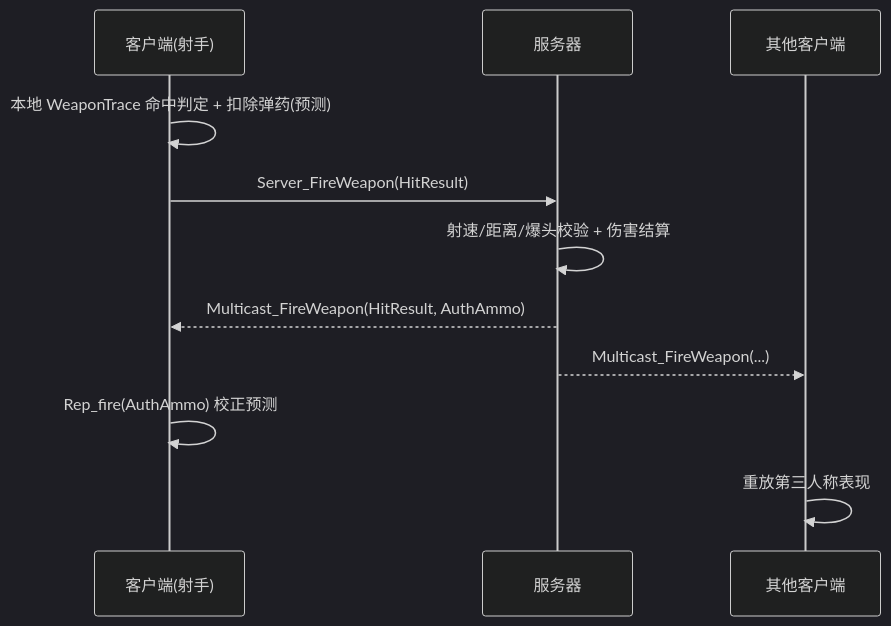
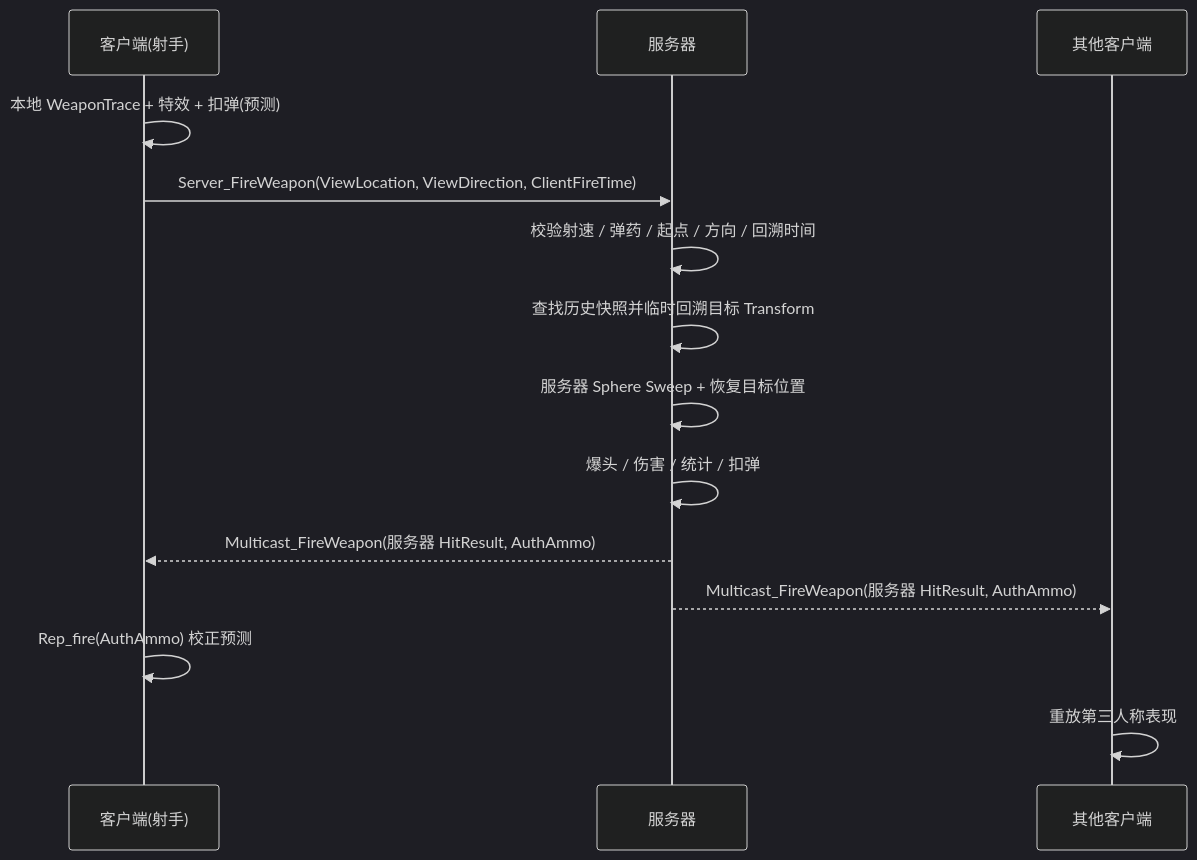
One commit to r27etpl15/FPS changed the diagram in README.md. Above: the diagram before and after it, drawn with Mermaid (dark theme). The commit also changed other lines of this file and 4 other files, not shown here.

````diff
--- a/README.md
+++ b/README.md
@@ -15,13 +22,17 @@
 ```mermaid
 sequenceDiagram
     participant C as 客户端(射手)
     participant S as 服务器
     participant O as 其他客户端
-    C->>C: 本地 WeaponTrace 命中判定 + 扣除弹药(预测)
-    C->>S: Server_FireWeapon(HitResult)
-    S->>S: 射速/距离/爆头校验 + 伤害结算
-    S-->>C: Multicast_FireWeapon(HitResult, AuthAmmo)
-    S-->>O: Multicast_FireWeapon(...)
+
+    C->>C: 本地 WeaponTrace + 特效 + 扣弹(预测)
+    C->>S: Server_FireWeapon(ViewLocation, ViewDirection, ClientFireTime)
+    S->>S: 校验射速 / 弹药 / 起点 / 方向 / 回溯时间
+    S->>S: 查找历史快照并临时回溯目标 Transform
+    S->>S: 服务器 Sphere Sweep + 恢复目标位置
+    S->>S: 爆头 / 伤害 / 统计 / 扣弹
+    S-->>C: Multicast_FireWeapon(服务器 HitResult, AuthAmmo)
+    S-->>O: Multicast_FireWeapon(服务器 HitResult, AuthAmmo)
     C->>C: Rep_fire(AuthAmmo) 校正预测
     O->>O: 重放第三人称表现
 ```
````
